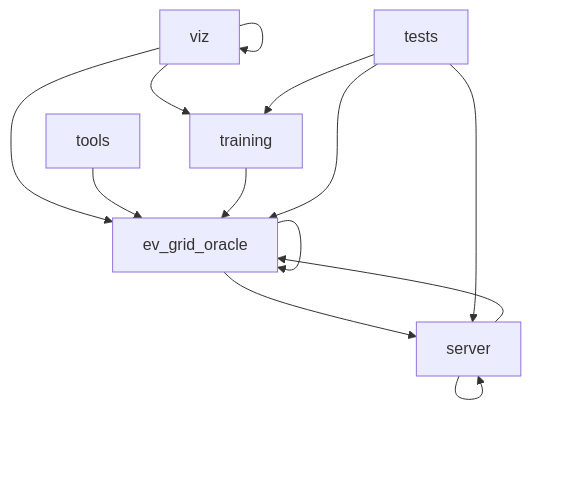
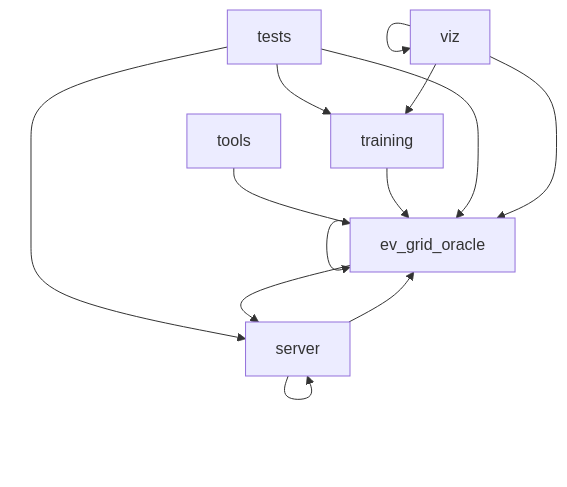
One commit to NITISH-R-G/ev-grid-oracle changed the diagram in artifacts/architecture_graph.md. Above: the diagram before and after it, drawn with Mermaid. The commit also changed other lines of this file and 88 other files, not shown here.

````diff
--- a/artifacts/architecture_graph.md
+++ b/artifacts/architecture_graph.md
@@ -3,15 +3,15 @@
 ```mermaid
 graph TD
+    tools --> ev_grid_oracle
+    training --> ev_grid_oracle
+    server --> ev_grid_oracle
+    server --> server
+    tests --> training
+    tests --> server
+    tests --> ev_grid_oracle
+    ev_grid_oracle --> ev_grid_oracle
+    ev_grid_oracle --> server
     viz --> training
     viz --> viz
     viz --> ev_grid_oracle
-    server --> server
-    server --> ev_grid_oracle
-    ev_grid_oracle --> server
-    ev_grid_oracle --> ev_grid_oracle
-    tools --> ev_grid_oracle
-    training --> ev_grid_oracle
-    tests --> server
-    tests --> training
-    tests --> ev_grid_oracle
 ```
````
